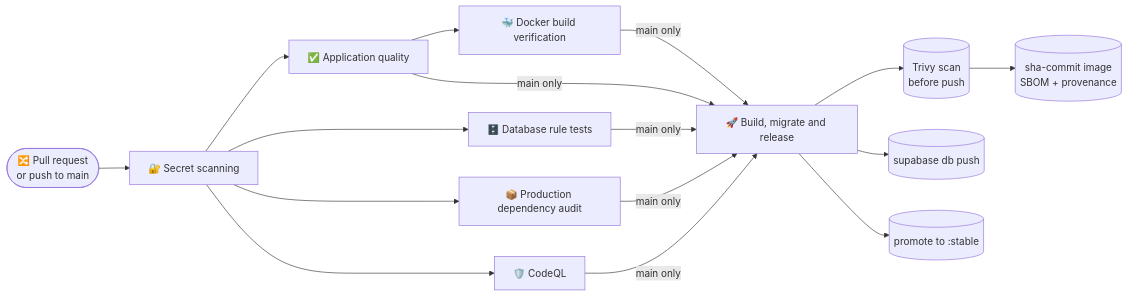
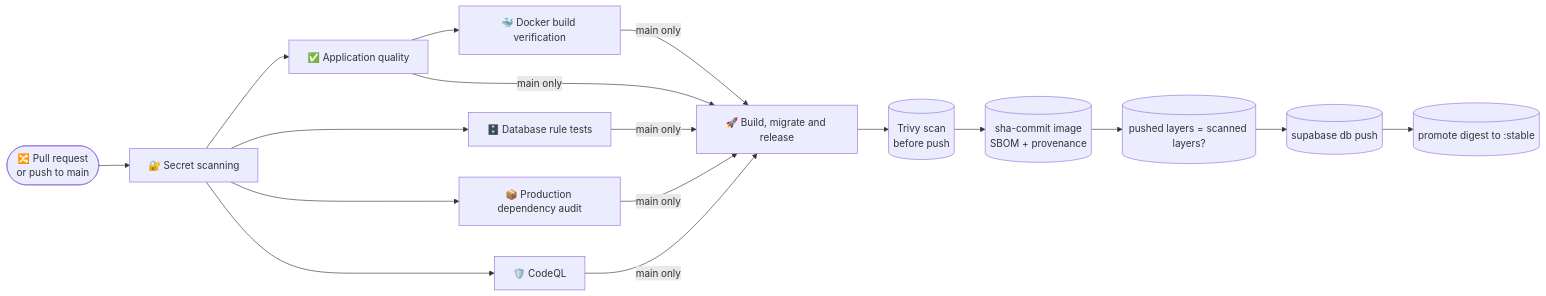
One commit to pokharelsandeep333-commits/ShiftSentry changed the third of 3 diagrams in README.md. Above: the diagram before and after it, drawn with Mermaid. The commit also changed other lines of this file, not shown here.

First line of the commit message:
docs: describe the release digest check

````diff
--- a/README.md
+++ b/README.md
@@ -156,14 +156,15 @@
 ```mermaid
 flowchart LR
     pr([🔀 Pull request<br/>or push to main]) --> leaks[🔐 Secret scanning]
     leaks --> quality[✅ Application quality]
     leaks --> sql[🗄️ Database rule tests]
     leaks --> audit[📦 Production dependency audit]
     leaks --> codeql[🛡️ CodeQL]
     quality --> docker[🐳 Docker build verification]
     quality & sql & audit & docker & codeql -->|main only| release[🚀 Build, migrate and release]
     release --> trivy[(Trivy scan<br/>before push)]
     trivy --> image[(sha-commit image<br/>SBOM + provenance)]
-    release --> mig[(supabase db push)]
-    release --> stable[(promote to :stable)]
+    image --> verify[(pushed layers = scanned layers?)]
+    verify --> mig[(supabase db push)]
+    mig --> stable[(promote digest to :stable)]
 ```
````
